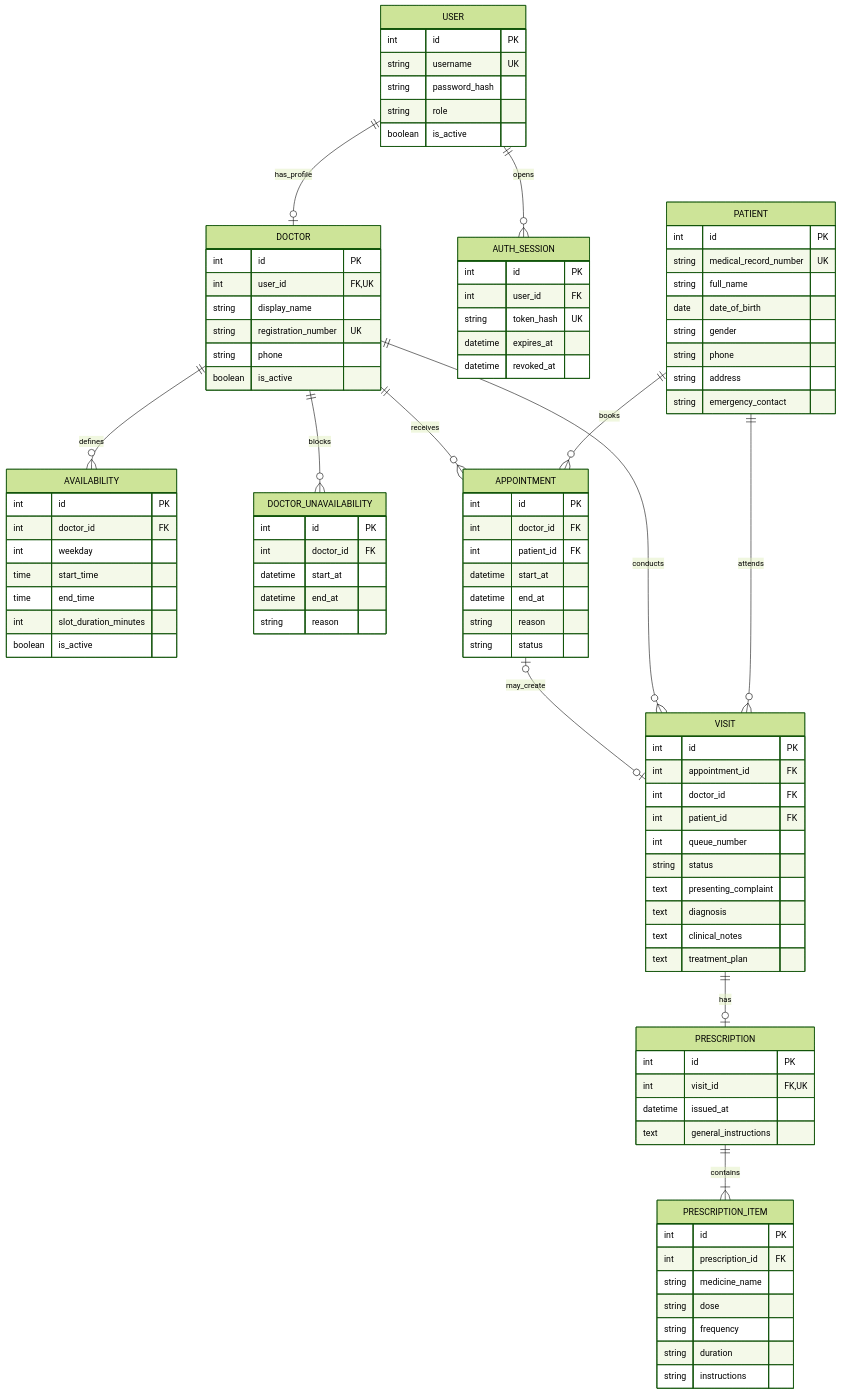
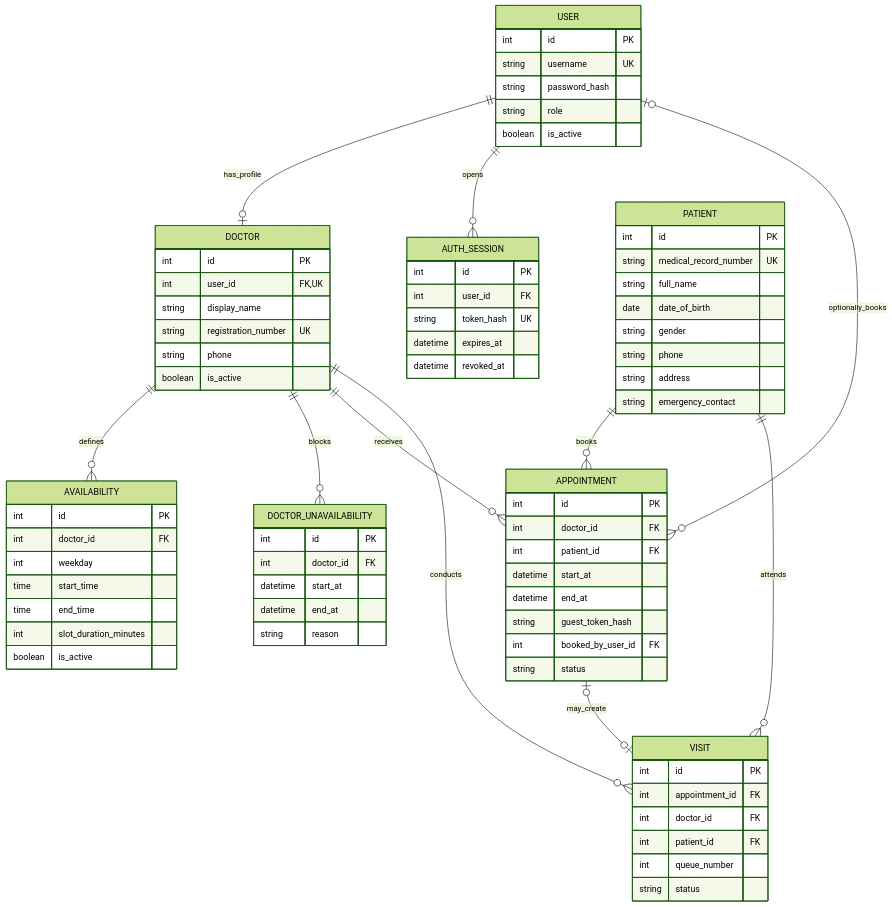
The diagram in medical-clinic-erd.mmd (vidurukalpana/medical-clinic-management-web-app), drawn with Mermaid (forest theme) before and after one commit. The commit also changed 24 other files, not shown here.

```diff
--- a/medical-clinic-erd.mmd
+++ b/medical-clinic-erd.mmd
@@ -1,106 +1,85 @@
 erDiagram
     USER ||--o| DOCTOR : has_profile
     USER ||--o{ AUTH_SESSION : opens
+    USER o|--o{ APPOINTMENT : optionally_books
     DOCTOR ||--o{ AVAILABILITY : defines
     DOCTOR ||--o{ DOCTOR_UNAVAILABILITY : blocks
     DOCTOR ||--o{ APPOINTMENT : receives
     PATIENT ||--o{ APPOINTMENT : books
     APPOINTMENT o|--o| VISIT : may_create
     DOCTOR ||--o{ VISIT : conducts
     PATIENT ||--o{ VISIT : attends
-    VISIT ||--o| PRESCRIPTION : has
-    PRESCRIPTION ||--|{ PRESCRIPTION_ITEM : contains
 
     USER {
         int id PK
         string username UK
         string password_hash
         string role
         boolean is_active
     }
 
     AUTH_SESSION {
         int id PK
         int user_id FK
         string token_hash UK
         datetime expires_at
         datetime revoked_at
     }
 
     DOCTOR {
         int id PK
         int user_id FK, UK
         string display_name
         string registration_number UK
         string phone
         boolean is_active
     }
 
     PATIENT {
         int id PK
         string medical_record_number UK
         string full_name
         date date_of_birth
         string gender
         string phone
         string address
         string emergency_contact
     }
 
     AVAILABILITY {
         int id PK
         int doctor_id FK
         int weekday
         time start_time
         time end_time
         int slot_duration_minutes
         boolean is_active
     }
 
     DOCTOR_UNAVAILABILITY {
         int id PK
         int doctor_id FK
         datetime start_at
         datetime end_at
         string reason
     }
 
     APPOINTMENT {
         int id PK
         int doctor_id FK
         int patient_id FK
         datetime start_at
         datetime end_at
-        string reason
+        string guest_token_hash
+        int booked_by_user_id FK
         string status
     }
 
     VISIT {
         int id PK
         int appointment_id FK
         int doctor_id FK
         int patient_id FK
         int queue_number
         string status
-        text presenting_complaint
-        text diagnosis
-        text clinical_notes
-        text treatment_plan
     }
-
-    PRESCRIPTION {
-        int id PK
-        int visit_id FK, UK
-        datetime issued_at
-        text general_instructions
-    }
-
-    PRESCRIPTION_ITEM {
-        int id PK
-        int prescription_id FK
-        string medicine_name
-        string dose
-        string frequency
-        string duration
-        string instructions
-    }
```
